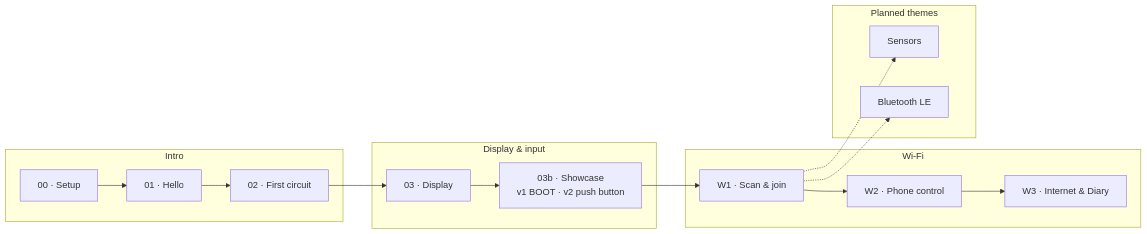
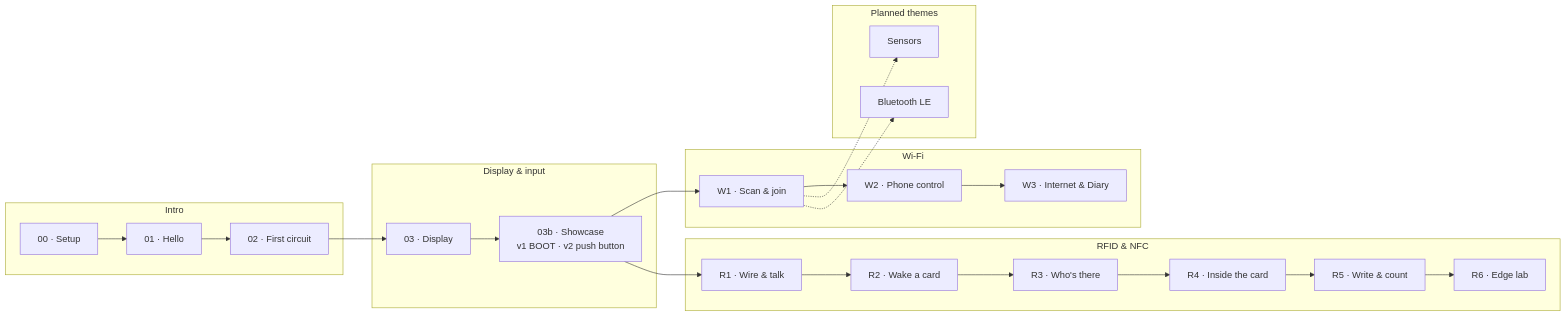
Before and after one commit to agharsallah/esp-labs: the second of 8 diagrams in README.md, drawn with Mermaid. The commit also changed other lines of this file and 1 other file, not shown here.

Commit message:
docs(test-esp): document the RFID track and log entry 36

````diff
--- a/README.md
+++ b/README.md
@@ -53,20 +54,24 @@
 ```mermaid
 flowchart LR
   subgraph Intro
     L0["00 · Setup"] --> L1["01 · Hello"] --> L2["02 · First circuit"]
   end
   subgraph Display["Display & input"]
     L3["03 · Display"] --> L3b["03b · Showcase<br/>v1 BOOT · v2 push button"]
   end
   subgraph WiFi["Wi-Fi"]
     W1["W1 · Scan & join"] --> W2["W2 · Phone control"] --> W3["W3 · Internet & Diary"]
   end
+  subgraph RFID["RFID & NFC"]
+    R1["R1 · Wire & talk"] --> R2["R2 · Wake a card"] --> R3["R3 · Who's there"] --> R4["R4 · Inside the card"] --> R5["R5 · Write & count"] --> R6["R6 · Edge lab"]
+  end
   subgraph Planned["Planned themes"]
     S["Sensors"]
     B["Bluetooth LE"]
   end
   L2 --> L3
   L3b --> W1
   W1 -.-> S
   W1 -.-> B
+  L3b --> R1
 ```
````
